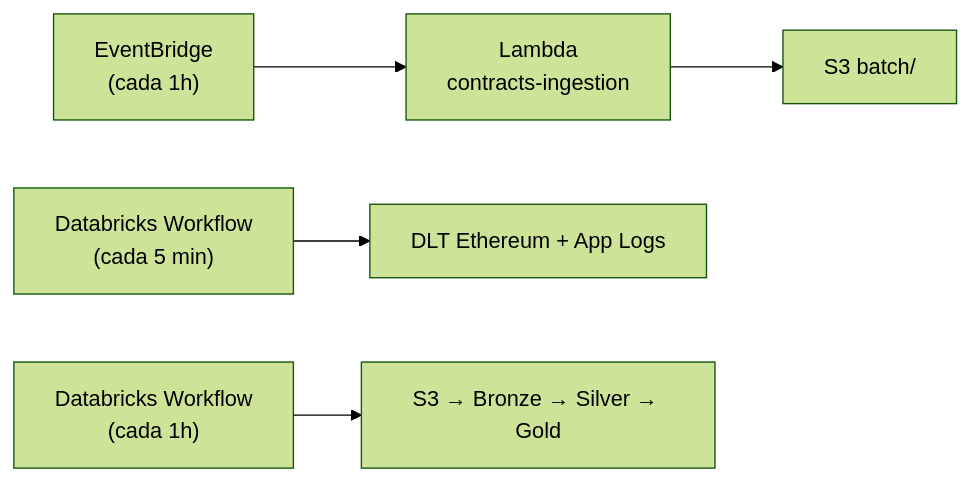
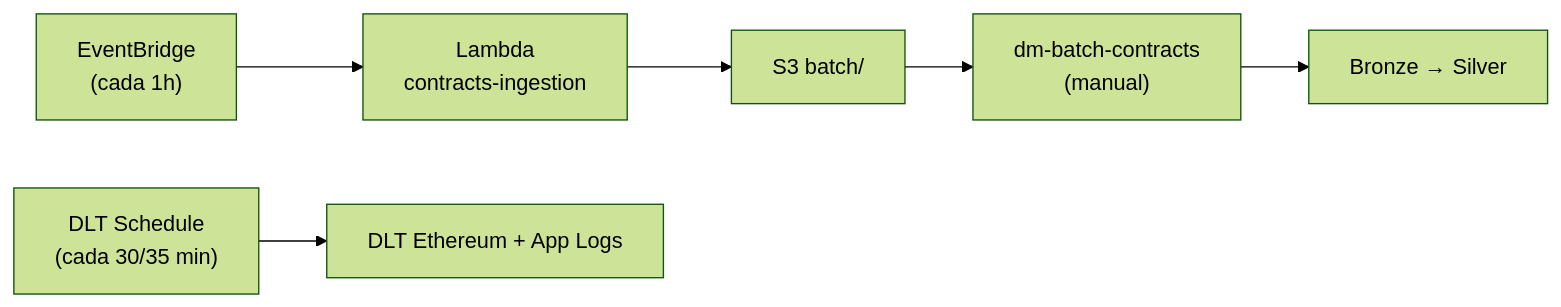
The third of 3 diagrams in docs/03_data_processing.md (marcoaureliomenezes/dd_chain_explorer), drawn with Mermaid (forest theme) before and after one commit. The commit also changed other lines of this file and 4 other files, not shown here.

````diff
--- a/docs/03_data_processing.md
+++ b/docs/03_data_processing.md
@@ -315,7 +304,7 @@
 ```mermaid
 flowchart LR
     EB["EventBridge<br/>(cada 1h)"] --> LAMBDA["Lambda<br/>contracts-ingestion"]
     LAMBDA --> S3["S3 batch/"]
-    DW["Databricks Workflow<br/>(cada 5 min)"] --> DLT["DLT Ethereum + App Logs"]
-    DW2["Databricks Workflow<br/>(cada 1h)"] --> PROC["S3 → Bronze → Silver → Gold"]
+    SCH["DLT Schedule<br/>(cada 30/35 min)"] --> DLT["DLT Ethereum + App Logs"]
+    S3 --> DBW["dm-batch-contracts<br/>(manual)"] --> SILVER["Bronze → Silver"]
 ```
````
